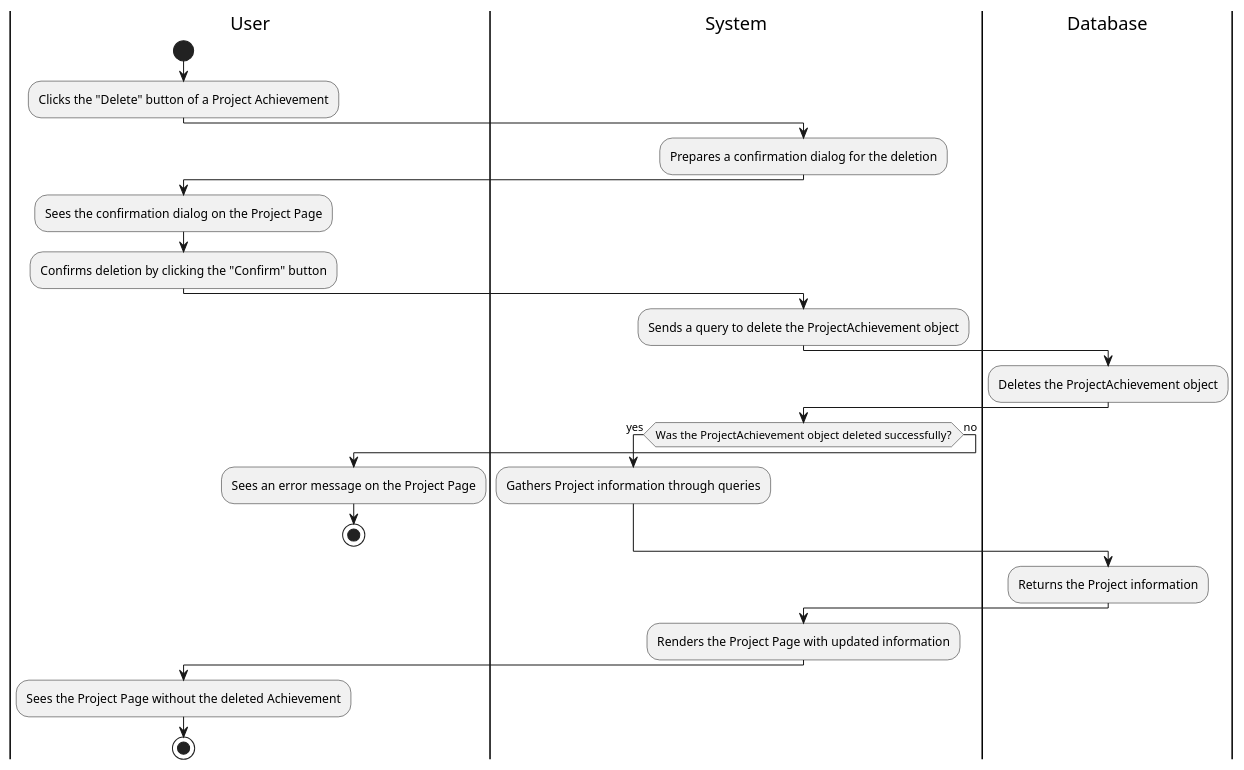
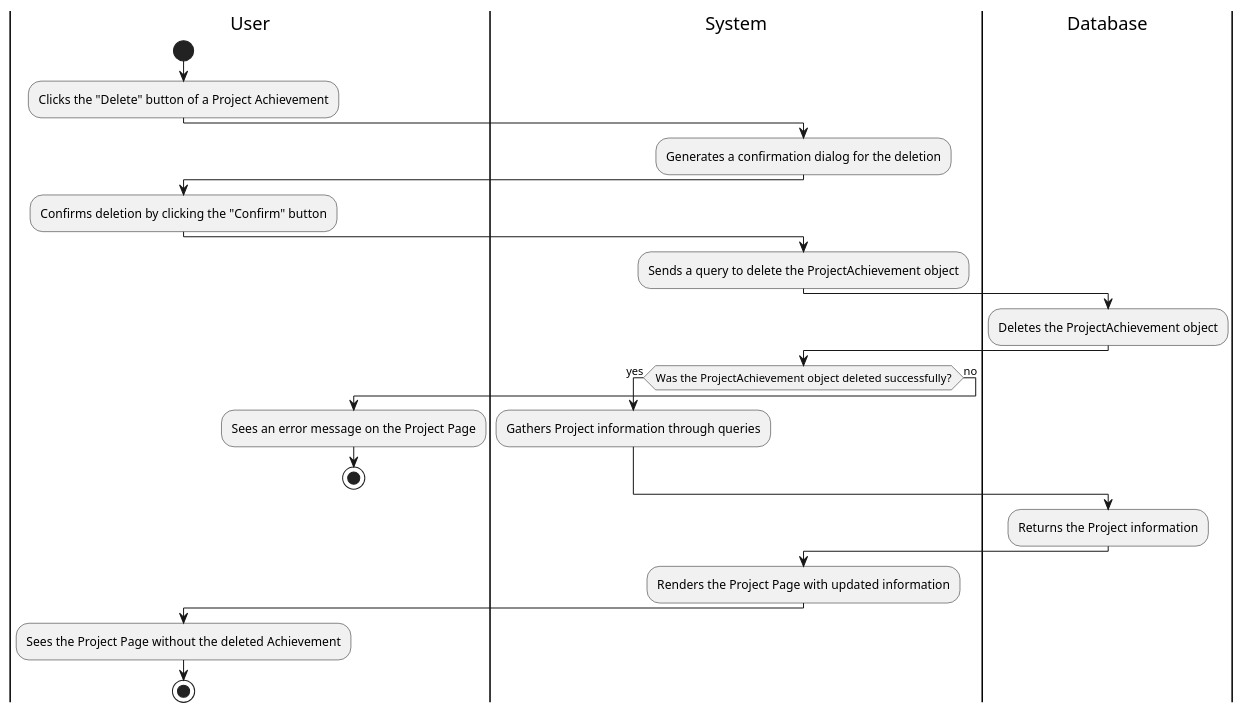
Before and after one commit to Berthou05/LimboSoftwareDevelopment_Change.org: the diagram in documentation/activity_diagrams/PROJ-15-ActivityDiagram.puml, drawn with PlantUML. The commit also changed 7 other files, not shown here.

Commit message:
[CHORE] corrected activity diagrams to match description

```diff
--- a/documentation/activity_diagrams/PROJ-15-ActivityDiagram.puml
+++ b/documentation/activity_diagrams/PROJ-15-ActivityDiagram.puml
@@ -1,38 +1,37 @@
 @startuml
 |User|
 start
 :Clicks the "Delete" button of a Project Achievement;
 
 |System|
-:Prepares a confirmation dialog for the deletion;
+:Generates a confirmation dialog for the deletion;
 
 |User|
-:Sees the confirmation dialog on the Project Page;
 :Confirms deletion by clicking the "Confirm" button;
 
 |System|
 :Sends a query to delete the ProjectAchievement object;
 
 |Database|
 :Deletes the ProjectAchievement object;
 
 |System|
 if (Was the ProjectAchievement object deleted successfully?) then (yes)
     :Gathers Project information through queries;
 else (no)
     |User|
     :Sees an error message on the Project Page;
     stop
 endif
 
 |Database|
 :Returns the Project information;
 
 |System|
 :Renders the Project Page with updated information;
 
 |User|
 :Sees the Project Page without the deleted Achievement;
 
 stop
 @enduml
```
